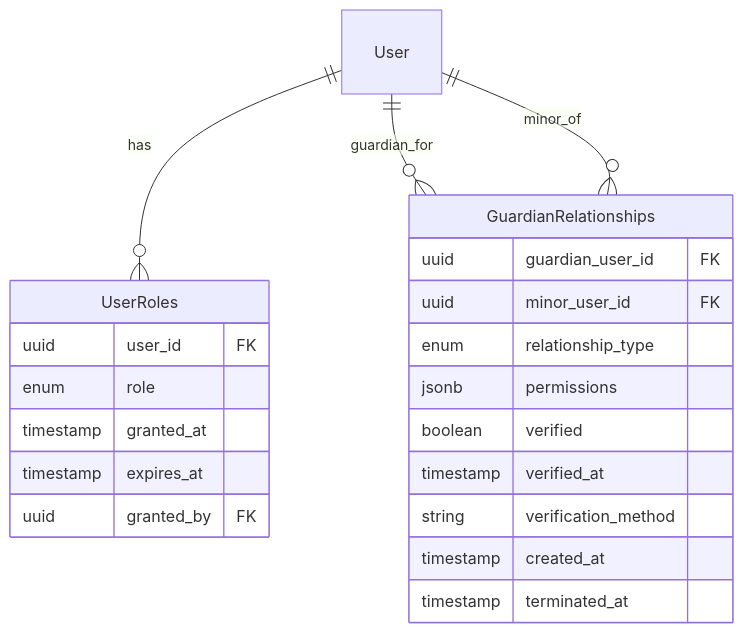
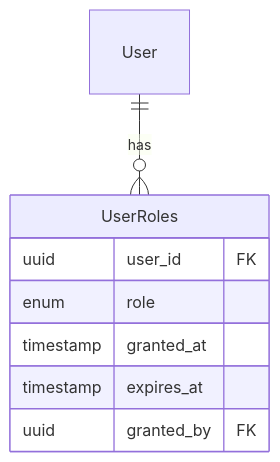
The third of 5 diagrams in architecture/data-architecture.qmd (mastrolinux/final-project), drawn with Mermaid before and after one commit. The commit also changed other lines of this file and 22 other files, not shown here.

````diff
--- a/architecture/data-architecture.qmd
+++ b/architecture/data-architecture.qmd
@@ -124,26 +124,12 @@
 ```{mermaid}
 erDiagram
     User ||--o{ UserRoles : has
-    User ||--o{ GuardianRelationships : "guardian_for"
-    User ||--o{ GuardianRelationships : "minor_of"
-    
+
     UserRoles {
         uuid user_id FK
         enum role
         timestamp granted_at
         timestamp expires_at
         uuid granted_by FK
     }
-    
-    GuardianRelationships {
-        uuid guardian_user_id FK
-        uuid minor_user_id FK
-        enum relationship_type
-        jsonb permissions
-        boolean verified
-        timestamp verified_at
-        string verification_method
-        timestamp created_at
-        timestamp terminated_at
-    }
 ```
````
